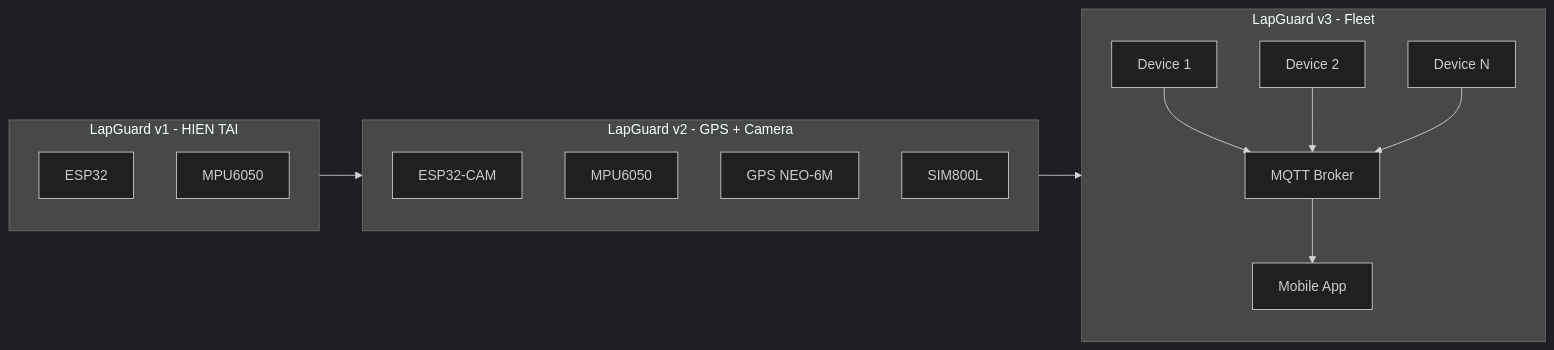
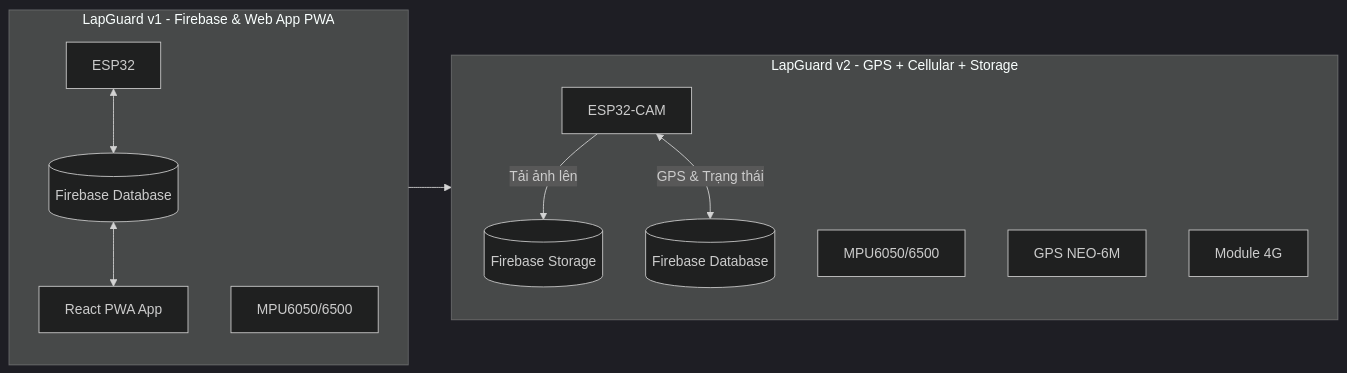
Before and after one commit to NHP234/AIoT: the second of 2 diagrams in docs/07-testing-and-risks.md, drawn with Mermaid (dark theme). The commit also changed other lines of this file, not shown here.

````diff
--- a/docs/07-testing-and-risks.md
+++ b/docs/07-testing-and-risks.md
@@ -291,28 +276,23 @@
 ```mermaid
 flowchart LR
-    subgraph V1[LapGuard v1 - HIEN TAI]
+    subgraph V1[LapGuard v1 - Firebase & Web App PWA]
         ESP1[ESP32]
-        MPU1[MPU6050]
+        MPU1[MPU6050/6500]
+        FB1[(Firebase Database)]
+        ReactApp[React PWA App]
+        ESP1 <--> FB1 <--> ReactApp
     end
 
-    subgraph V2[LapGuard v2 - GPS + Camera]
+    subgraph V2[LapGuard v2 - GPS + Cellular + Storage]
         ESP2[ESP32-CAM]
-        MPU2[MPU6050]
+        MPU2[MPU6050/6500]
         GPS[GPS NEO-6M]
-        SIM[SIM800L]
+        SIM[Module 4G]
+        FB2[(Firebase Database)]
+        FBS[(Firebase Storage)]
+        ESP2 -->|Tải ảnh lên| FBS
+        ESP2 <-->|GPS & Trạng thái| FB2
     end
 
-    subgraph V3[LapGuard v3 - Fleet]
-        MQTT[MQTT Broker]
-        Dev1[Device 1]
-        Dev2[Device 2]
-        DevN[Device N]
-        App[Mobile App]
-    end
-
-    V1 --> V2 --> V3
-    Dev1 --> MQTT
-    Dev2 --> MQTT
-    DevN --> MQTT
-    MQTT --> App
+    V1 --> V2
 ```
````
